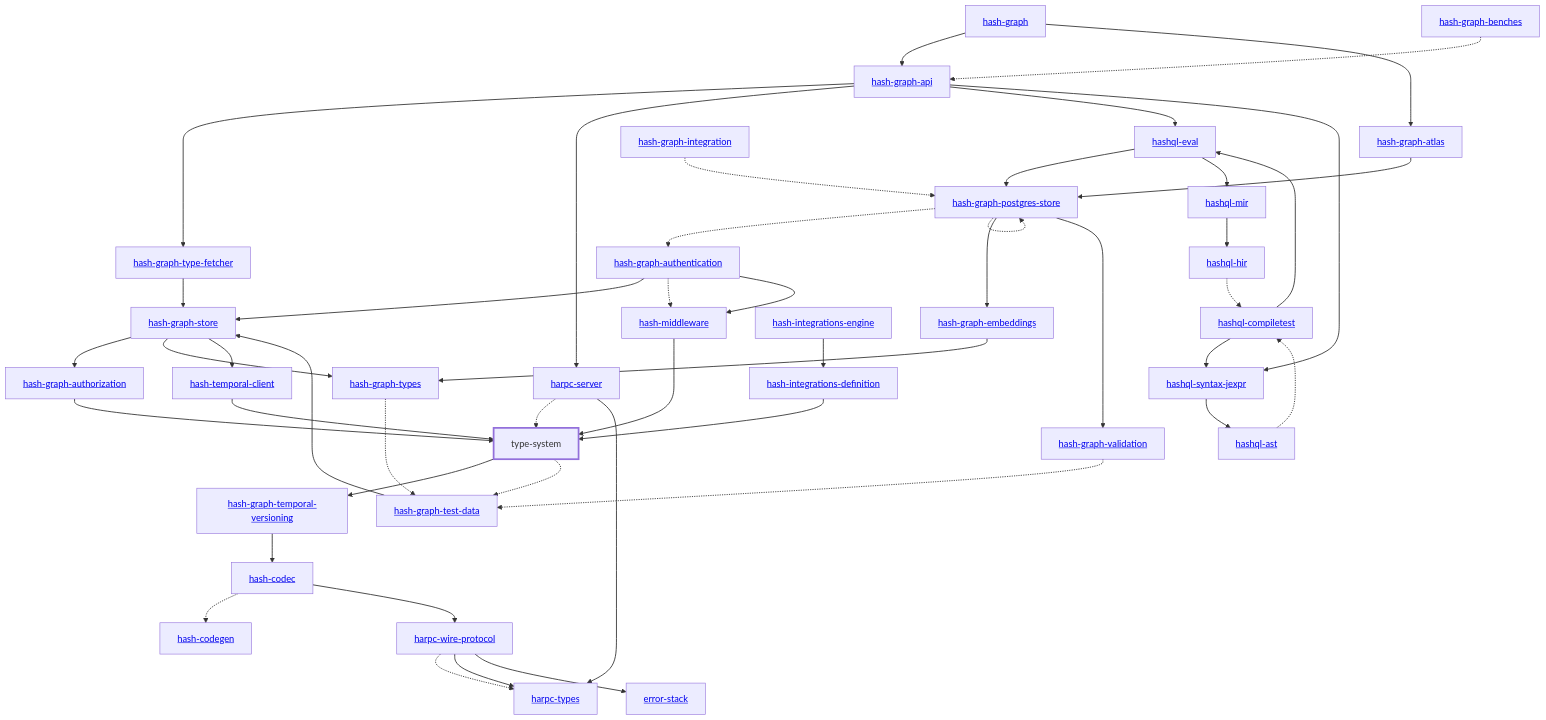
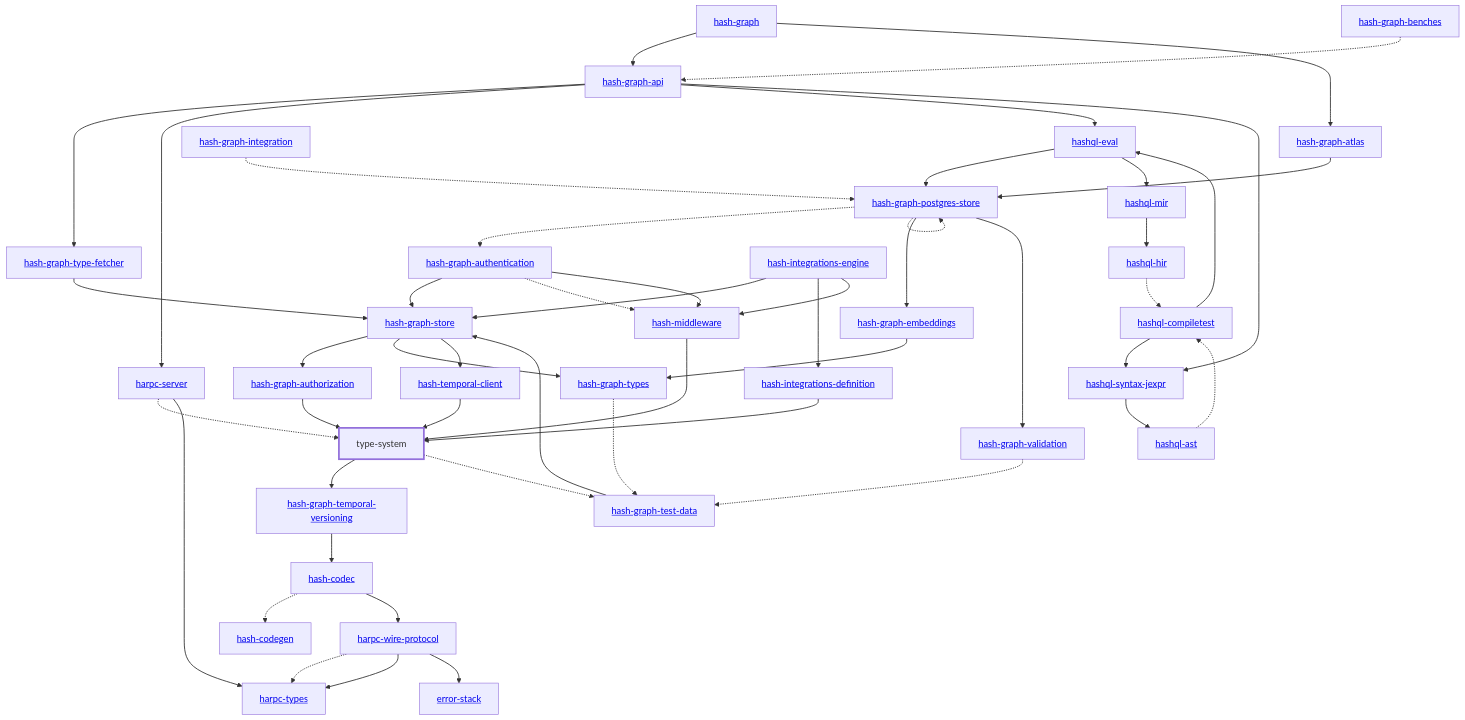
The diagram in libs/@blockprotocol/type-system/rust/docs/dependency-diagram.mmd (hashintel/hash), drawn with Mermaid before and after one commit. The commit also changed 21 other files, not shown here.

```diff
--- a/libs/@blockprotocol/type-system/rust/docs/dependency-diagram.mmd
+++ b/libs/@blockprotocol/type-system/rust/docs/dependency-diagram.mmd
@@ -1,90 +1,92 @@
 graph TD
     linkStyle default stroke-width:1.5px
     classDef default stroke-width:1px
     classDef root stroke-width:3px
     classDef dev stroke-width:1px
     classDef build stroke-width:1px
     %% Legend
     %% --> : Normal dependency
     %% -.-> : Dev dependency
     %% ---> : Build dependency
     0[<a href="../hash_graph/index.html">hash-graph</a>]
     1[type-system]
     class 1 root
     2[<a href="../hash_codec/index.html">hash-codec</a>]
     3[<a href="../hash_codegen/index.html">hash-codegen</a>]
     4[<a href="../hash_graph_api/index.html">hash-graph-api</a>]
     5[<a href="../hash_graph_atlas/index.html">hash-graph-atlas</a>]
     6[<a href="../hash_graph_authentication/index.html">hash-graph-authentication</a>]
     7[<a href="../hash_graph_authorization/index.html">hash-graph-authorization</a>]
     8[<a href="../hash_graph_embeddings/index.html">hash-graph-embeddings</a>]
     9[<a href="../hash_graph_postgres_store/index.html">hash-graph-postgres-store</a>]
     10[<a href="../hash_graph_store/index.html">hash-graph-store</a>]
     11[<a href="../hash_graph_temporal_versioning/index.html">hash-graph-temporal-versioning</a>]
     12[<a href="../hash_graph_type_fetcher/index.html">hash-graph-type-fetcher</a>]
     13[<a href="../hash_graph_types/index.html">hash-graph-types</a>]
     14[<a href="../hash_graph_validation/index.html">hash-graph-validation</a>]
     15[<a href="../harpc_server/index.html">harpc-server</a>]
     16[<a href="../harpc_types/index.html">harpc-types</a>]
     17[<a href="../harpc_wire_protocol/index.html">harpc-wire-protocol</a>]
     18[<a href="../hashql_ast/index.html">hashql-ast</a>]
     19[<a href="../hashql_compiletest/index.html">hashql-compiletest</a>]
     20[<a href="../hashql_eval/index.html">hashql-eval</a>]
     21[<a href="../hashql_hir/index.html">hashql-hir</a>]
     22[<a href="../hashql_mir/index.html">hashql-mir</a>]
     23[<a href="../hashql_syntax_jexpr/index.html">hashql-syntax-jexpr</a>]
     24[<a href="../hash_integrations_definition/index.html">hash-integrations-definition</a>]
     25[<a href="../hash_integrations_engine/index.html">hash-integrations-engine</a>]
     26[<a href="../hash_middleware/index.html">hash-middleware</a>]
     27[<a href="../hash_temporal_client/index.html">hash-temporal-client</a>]
     28[<a href="../error_stack/index.html">error-stack</a>]
     29[<a href="../hash_graph_benches/index.html">hash-graph-benches</a>]
     30[<a href="../hash_graph_integration/index.html">hash-graph-integration</a>]
     31[<a href="../hash_graph_test_data/index.html">hash-graph-test-data</a>]
     0 --> 4
     0 --> 5
     1 --> 11
     1 -.-> 31
     2 -.-> 3
     2 --> 17
     4 --> 12
     4 --> 15
     4 --> 20
     4 --> 23
     5 --> 9
     6 --> 10
     6 -.-> 26
     6 --> 26
     7 --> 1
     8 --> 13
     9 -.-> 6
     9 --> 8
     9 -.-> 9
     9 --> 14
     10 --> 7
     10 --> 13
     10 --> 27
     11 --> 2
     12 --> 10
     13 -.-> 31
     14 -.-> 31
     15 -.-> 1
     15 --> 16
     17 -.-> 16
     17 --> 16
     17 --> 28
     18 -.-> 19
     19 --> 20
     19 --> 23
     20 --> 9
     20 --> 22
     21 -.-> 19
     22 --> 21
     23 --> 18
     24 --> 1
+    25 --> 10
     25 --> 24
+    25 --> 26
     26 --> 1
     27 --> 1
     29 -.-> 4
     30 -.-> 9
     31 --> 10
```
